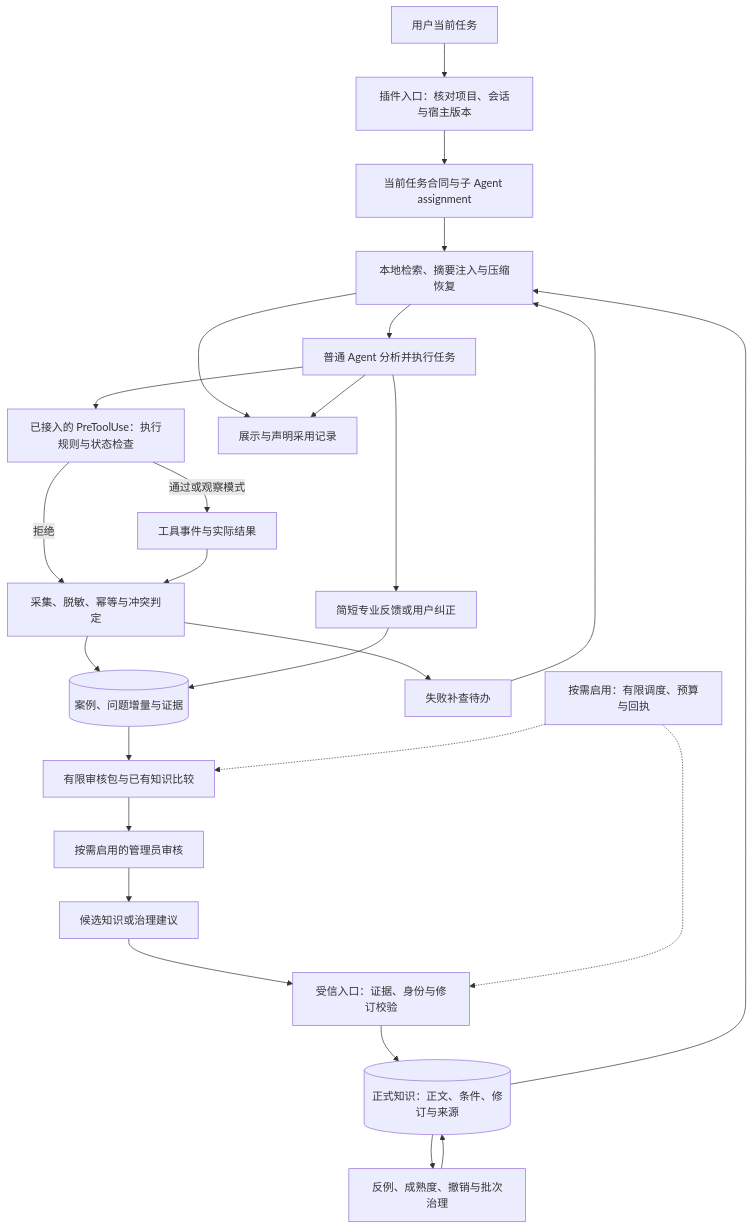
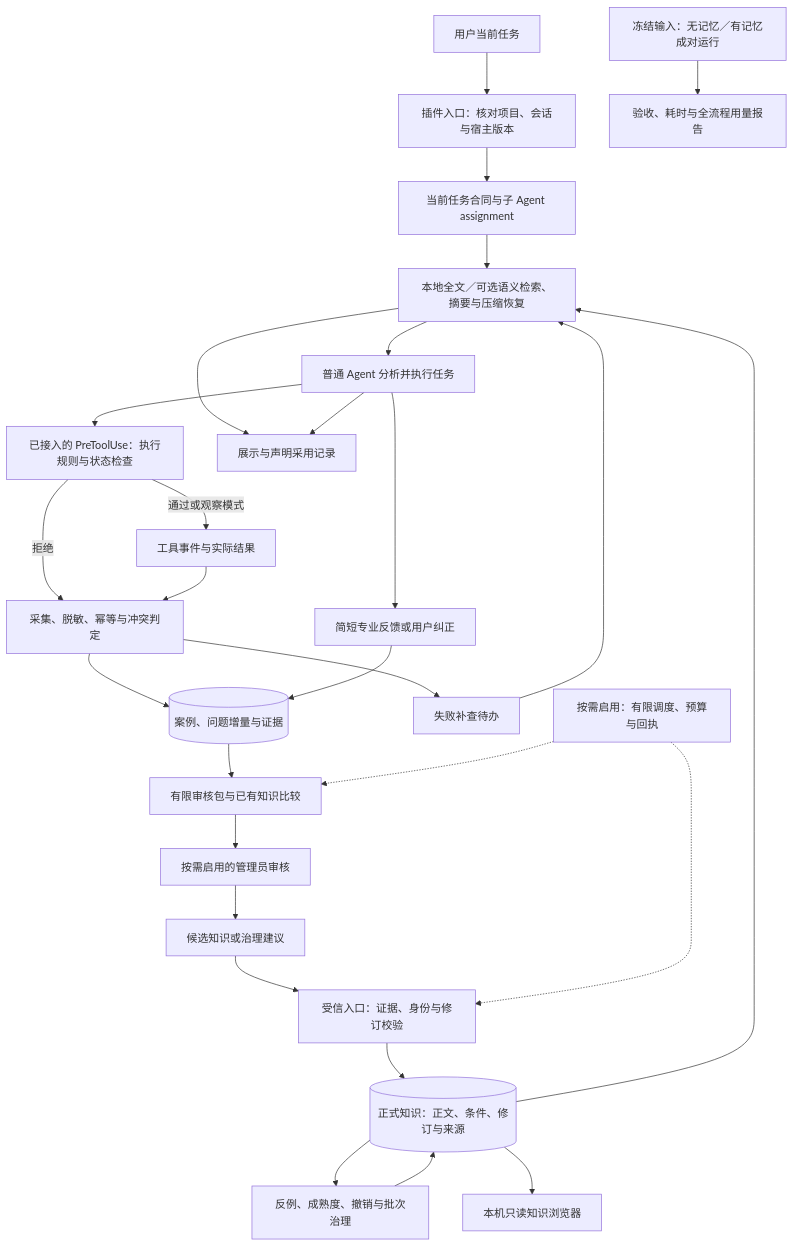
Before and after one commit to swenbo1-web/agents-learning: the first of 2 diagrams in README.md, drawn with Mermaid. The commit also changed other lines of this file and 24 other files, not shown here.

````diff
--- a/README.md
+++ b/README.md
@@ -44,28 +67,30 @@
 ```mermaid
 flowchart TD
     User["用户当前任务"] --> Entry["插件入口：核对项目、会话与宿主版本"]
     Entry --> Task["当前任务合同与子 Agent assignment"]
-    Task --> Retrieve["本地检索、摘要注入与压缩恢复"]
+    Task --> Retrieve["本地全文／可选语义检索、摘要与压缩恢复"]
     Knowledge[("正式知识：正文、条件、修订与来源")] --> Retrieve
     Retrieve --> Worker["普通 Agent 分析并执行任务"]
     Worker --> Guard["已接入的 PreToolUse：执行规则与状态检查"]
     Guard -->|"通过或观察模式"| Result["工具事件与实际结果"]
     Guard -->|"拒绝"| Capture
     Result --> Capture["采集、脱敏、幂等与冲突判定"]
     Capture --> Cases[("案例、问题增量与证据")]
     Worker --> Feedback["简短专业反馈或用户纠正"]
     Feedback --> Cases
     Capture --> Fault["失败补查待办"]
     Fault --> Retrieve
     Cases --> Packet["有限审核包与已有知识比较"]
     Packet --> Admin["按需启用的管理员审核"]
     Admin --> Candidate["候选知识或治理建议"]
     Candidate --> Publish["受信入口：证据、身份与修订校验"]
     Publish --> Knowledge
     Knowledge --> Governance["反例、成熟度、撤销与批次治理"]
     Governance --> Knowledge
     Schedule["按需启用：有限调度、预算与回执"] -.-> Packet
     Schedule -.-> Publish
     Retrieve --> Exposure["展示与声明采用记录"]
     Worker --> Exposure
+    Knowledge --> Browser["本机只读知识浏览器"]
+    Evaluation["冻结输入：无记忆／有记忆成对运行"] --> Report["验收、耗时与全流程用量报告"]
 ```
````
